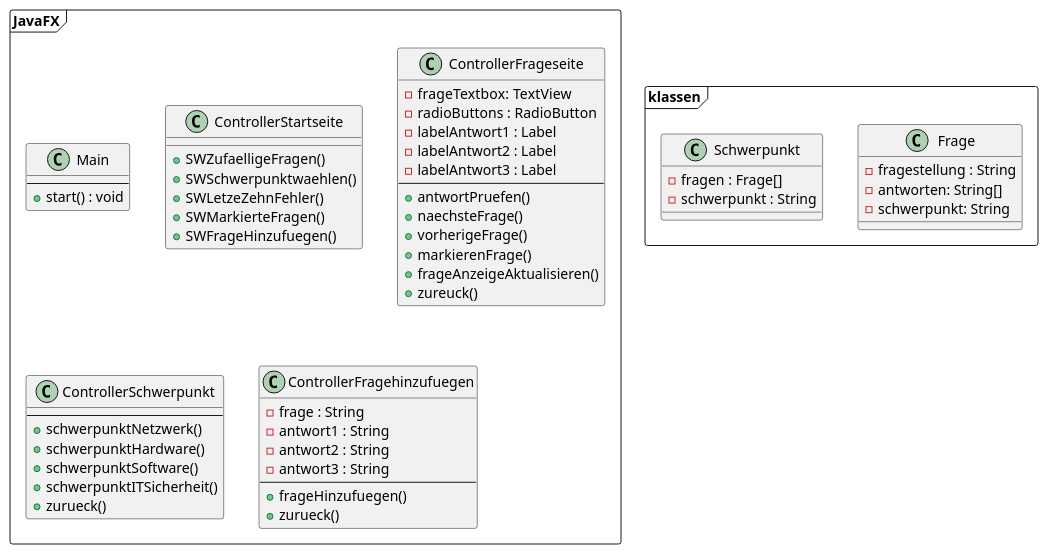
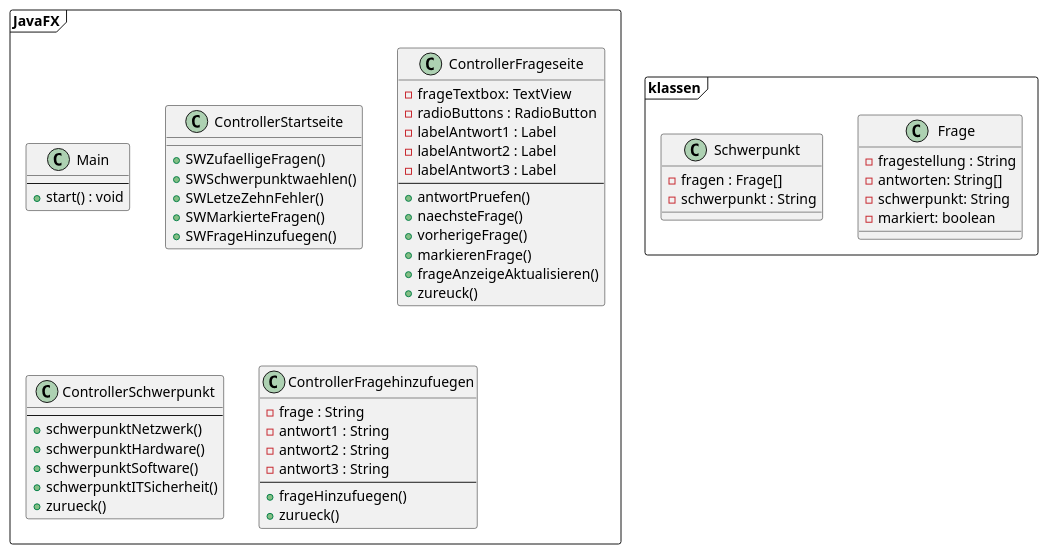
One commit to DerM0narch/LernApp changed the diagram in docs/klassendiagramm.puml. Above: the diagram before and after it, drawn with PlantUML.

Commit message:
added Boolean to Frage

```diff
--- a/docs/klassendiagramm.puml
+++ b/docs/klassendiagramm.puml
@@ -1,68 +1,69 @@
 @startuml klassendiagramm
 
 frame klassen{
 class Frage {
     - fragestellung : String
     - antworten: String[]
     - schwerpunkt: String
+    - markiert: boolean
 }
 
 class Schwerpunkt {
     - fragen : Frage[]
     - schwerpunkt : String
 }
 
 
 }
 
 frame JavaFX {
 
 class Main {
     --
     + start() : void
 }
 class ControllerStartseite {
     + SWZufaelligeFragen()
     + SWSchwerpunktwaehlen()
     + SWLetzeZehnFehler()
     + SWMarkierteFragen()
     + SWFrageHinzufuegen()
 }
 
 class ControllerFrageseite {
     - frageTextbox: TextView
     - radioButtons : RadioButton
     - labelAntwort1 : Label
     - labelAntwort2 : Label
     - labelAntwort3 : Label
     --
     + antwortPruefen()
     + naechsteFrage()
     + vorherigeFrage()
     + markierenFrage()
     + frageAnzeigeAktualisieren()
     + zureuck()
 }
 
 class ControllerSchwerpunkt{
     --
     + schwerpunktNetzwerk()
     + schwerpunktHardware()
     + schwerpunktSoftware()
     + schwerpunktITSicherheit()
     + zurueck()
 }
 
 class ControllerFragehinzufuegen{
     - frage : String
     - antwort1 : String
     - antwort2 : String
     - antwort3 : String
     --
     + frageHinzufuegen()
     + zurueck()
 }
 
 }
 
 @enduml
```
